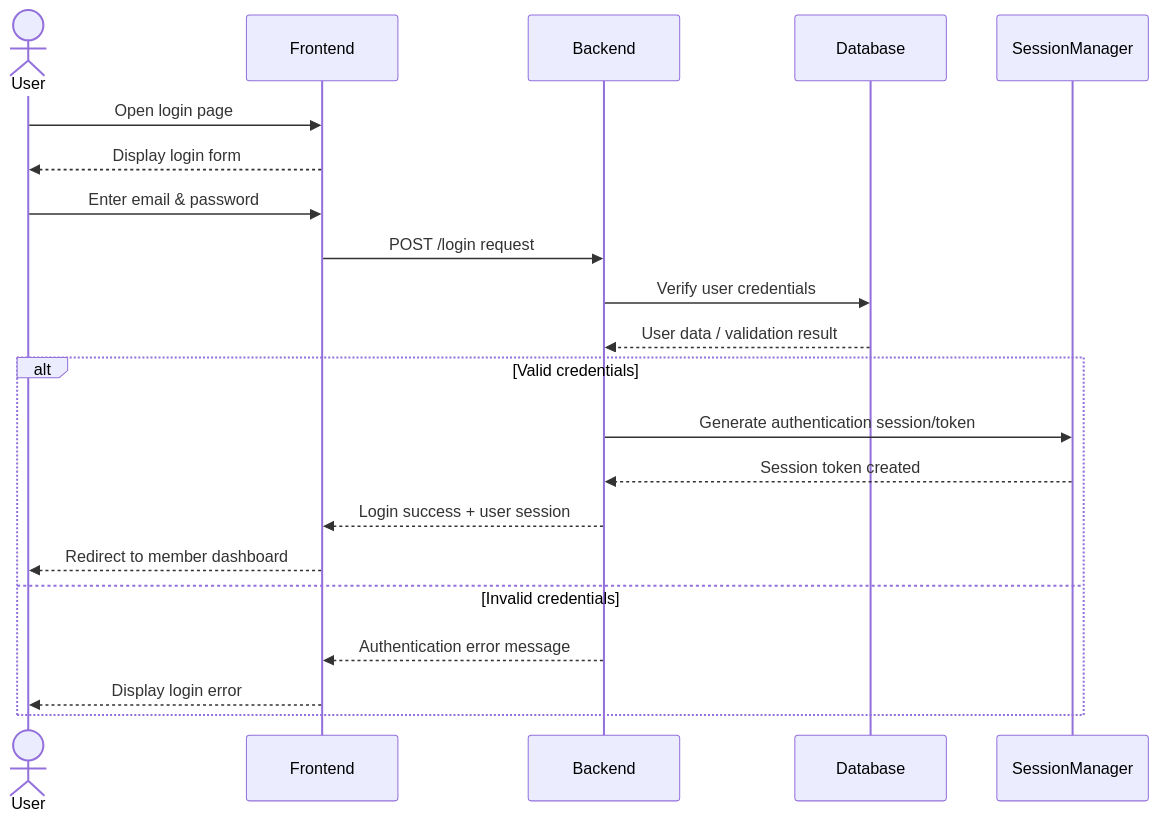
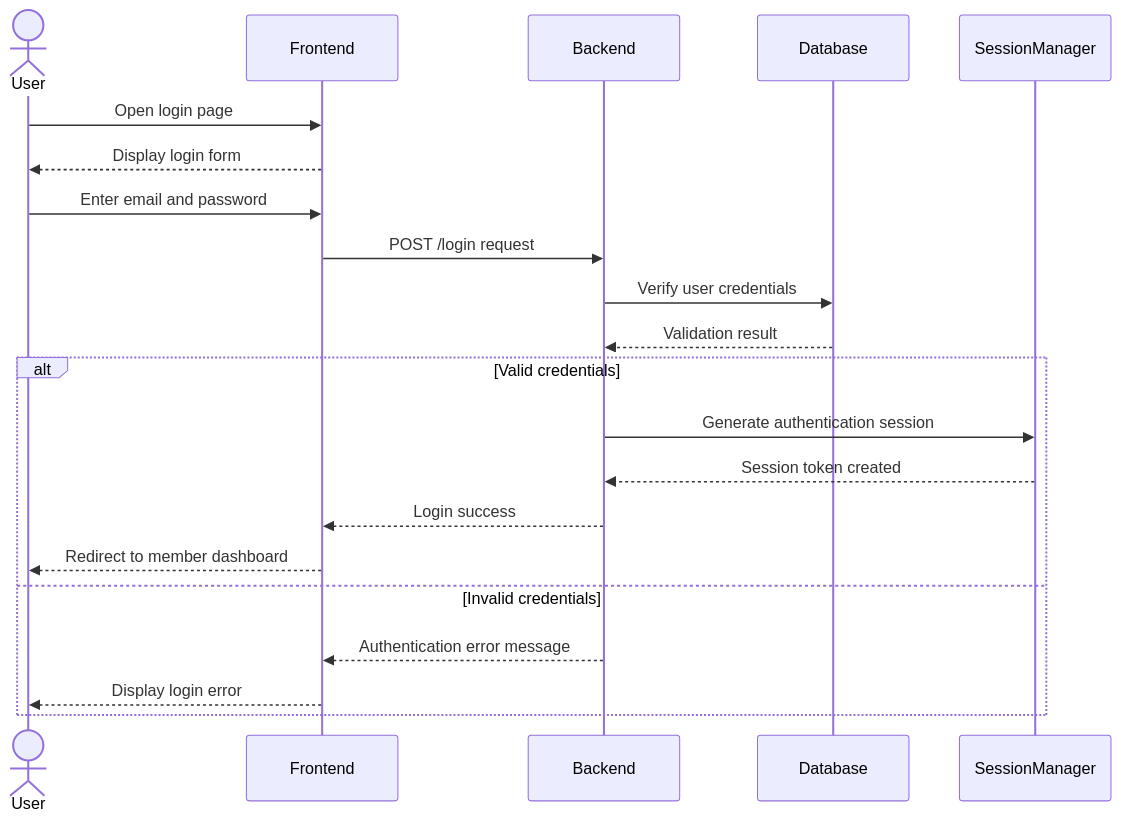
One commit to Gigi-Corlay/portfolioLionessMagazine changed the third of 5 diagrams in README.md. Above: the diagram before and after it, drawn with Mermaid. The commit also changed other lines of this file and 3 other files, not shown here.

````diff
--- a/README.md
+++ b/README.md
@@ -120,40 +134,25 @@
 ```mermaid
 sequenceDiagram
+    actor User
+    participant Frontend
+    participant Backend
+    participant Database
+    participant SessionManager
 
-actor User
+    User->>Frontend: Open login page
+    Frontend-->>User: Display login form
+    User->>Frontend: Enter email and password
+    Frontend->>Backend: POST /login request
+    Backend->>Database: Verify user credentials
+    Database-->>Backend: Validation result
 
-participant Frontend
-participant Backend
-participant Database
-participant SessionManager
-
-User->>Frontend: Open login page
-
-Frontend-->>User: Display login form
-
-User->>Frontend: Enter email & password
-
-Frontend->>Backend: POST /login request
-
-Backend->>Database: Verify user credentials
-
-Database-->>Backend: User data / validation result
-
-alt Valid credentials
-
-    Backend->>SessionManager: Generate authentication session/token
-
-    SessionManager-->>Backend: Session token created
-
-    Backend-->>Frontend: Login success + user session
-
-    Frontend-->>User: Redirect to member dashboard
-
-else Invalid credentials
-
-    Backend-->>Frontend: Authentication error message
-
-    Frontend-->>User: Display login error
-
-end
+    alt Valid credentials
+        Backend->>SessionManager: Generate authentication session
+        SessionManager-->>Backend: Session token created
+        Backend-->>Frontend: Login success
+        Frontend-->>User: Redirect to member dashboard
+    else Invalid credentials
+        Backend-->>Frontend: Authentication error message
+        Frontend-->>User: Display login error
+    end
 ```
````
